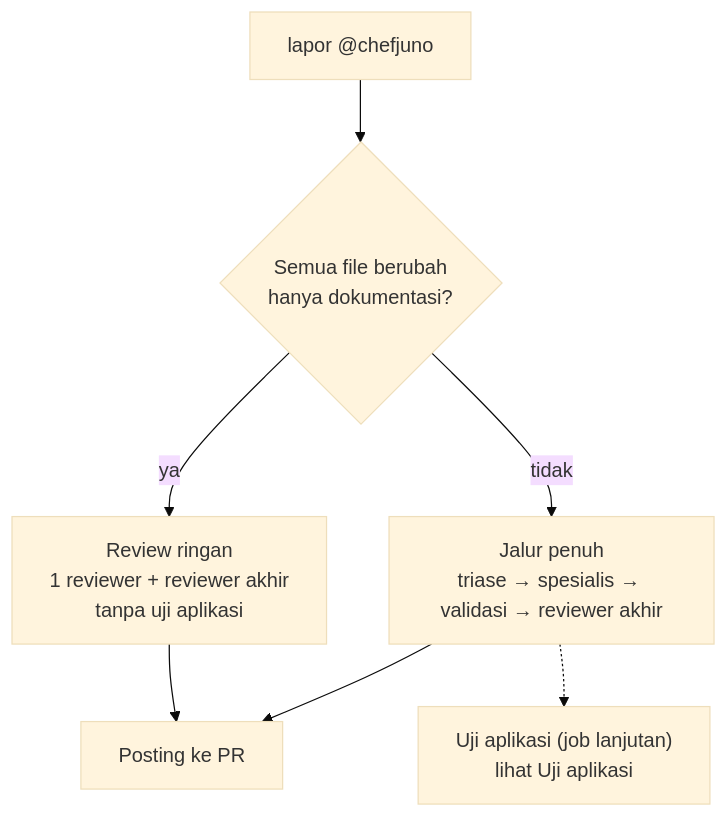
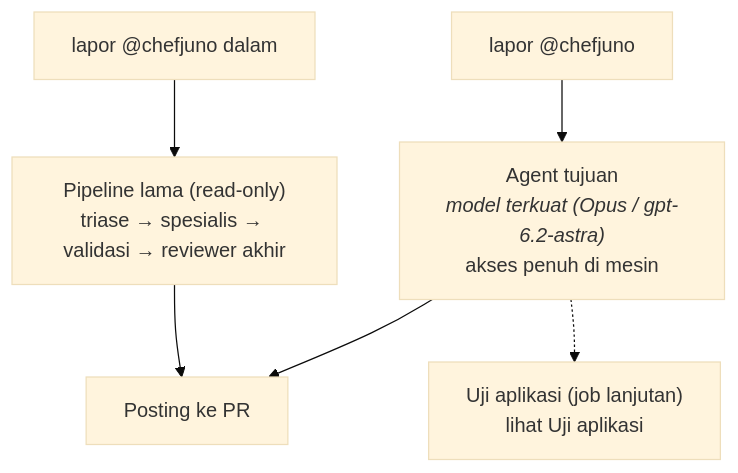
One commit to NurFajarSA/chef-juno changed the first of 2 diagrams in docs/guide/03-review-mendalam.md. Above: the diagram before and after it, drawn with Mermaid (base theme). The commit also changed other lines of this file and 23 other files, not shown here.

First line of the commit message:
feat(review): mode tujuan — satu agent dengan tujuan, konteks, dan batas; cara kerjanya dia yang memutuskan

````diff
--- a/docs/guide/03-review-mendalam.md
+++ b/docs/guide/03-review-mendalam.md
@@ -6,9 +6,8 @@
 ```mermaid
 flowchart TB
-  C["lapor @chefjuno"] --> T{"Semua file berubah<br/>hanya dokumentasi?"}
-  T -- ya --> L["Review ringan<br/>1 reviewer + reviewer akhir<br/>tanpa uji aplikasi"]
-  T -- tidak --> F["Jalur penuh<br/>triase → spesialis → validasi → reviewer akhir"]
-  F --> P["Posting ke PR"]
-  L --> P
-  F -.-> U["Uji aplikasi (job lanjutan)<br/>lihat Uji aplikasi"]
+  C["lapor @chefjuno"] --> A["Agent tujuan<br/><i>model terkuat (Opus / gpt-6.2-astra)</i><br/>akses penuh di mesin"]
+  A --> P["Posting ke PR"]
+  A -.-> U["Uji aplikasi (job lanjutan)<br/>lihat Uji aplikasi"]
+  C2["lapor @chefjuno dalam"] --> F["Pipeline lama (read-only)<br/>triase → spesialis → validasi → reviewer akhir"]
+  F --> P
 ```
````
